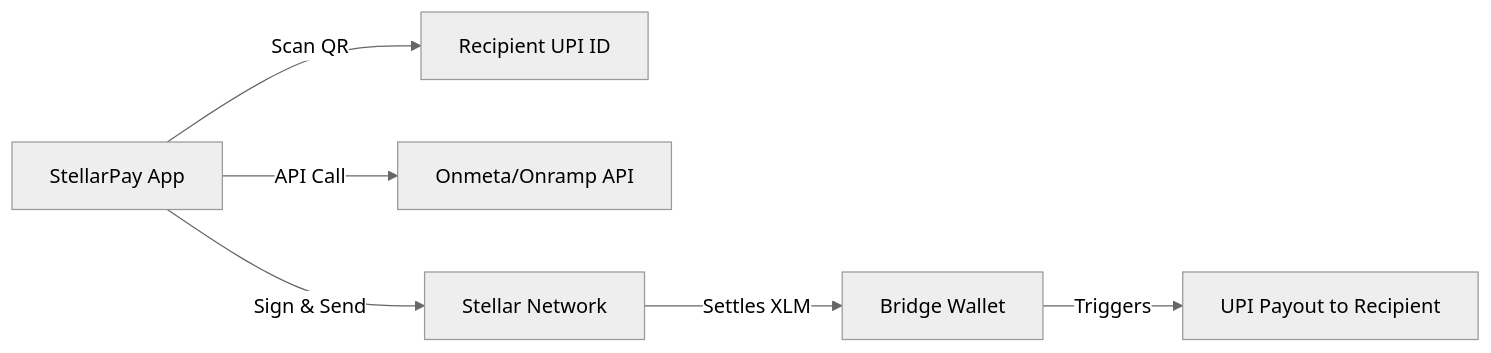
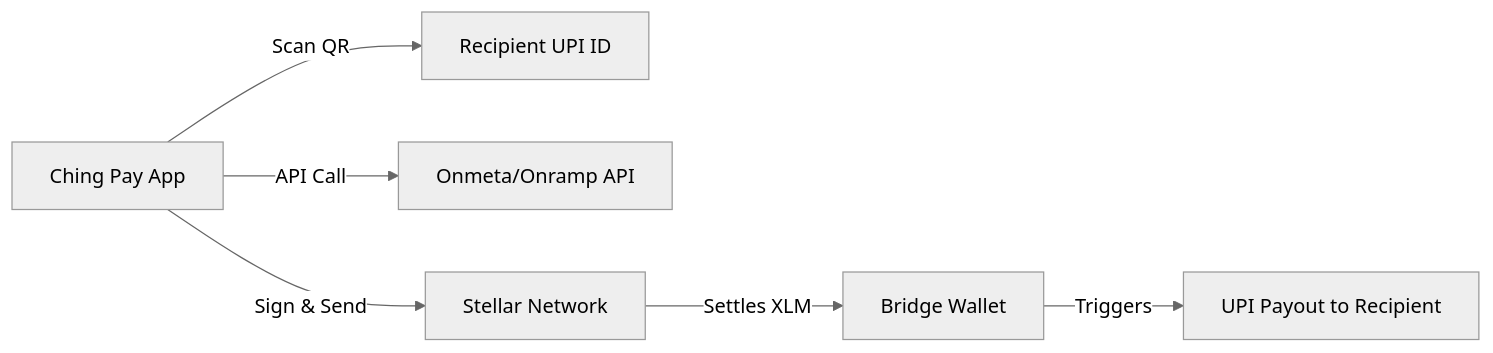
Before and after one commit to Tuhin810/StellarUpi: the diagram in docs/offramp_implementation.md, drawn with Mermaid (neutral theme). The commit also changed other lines of this file and 25 other files, not shown here.

````diff
--- a/docs/offramp_implementation.md
+++ b/docs/offramp_implementation.md
@@ -62,8 +62,8 @@
 ```mermaid
 graph LR
-    User[StellarPay App] -->|Scan QR| VPA[Recipient UPI ID]
+    User[Ching Pay App] -->|Scan QR| VPA[Recipient UPI ID]
     User -->|API Call| Bridge[Onmeta/Onramp API]
     User -->|Sign & Send| Stellar[Stellar Network]
     Stellar -->|Settles XLM| BridgeWallet[Bridge Wallet]
     BridgeWallet -->|Triggers| InrPayout[UPI Payout to Recipient]
 ```
````
